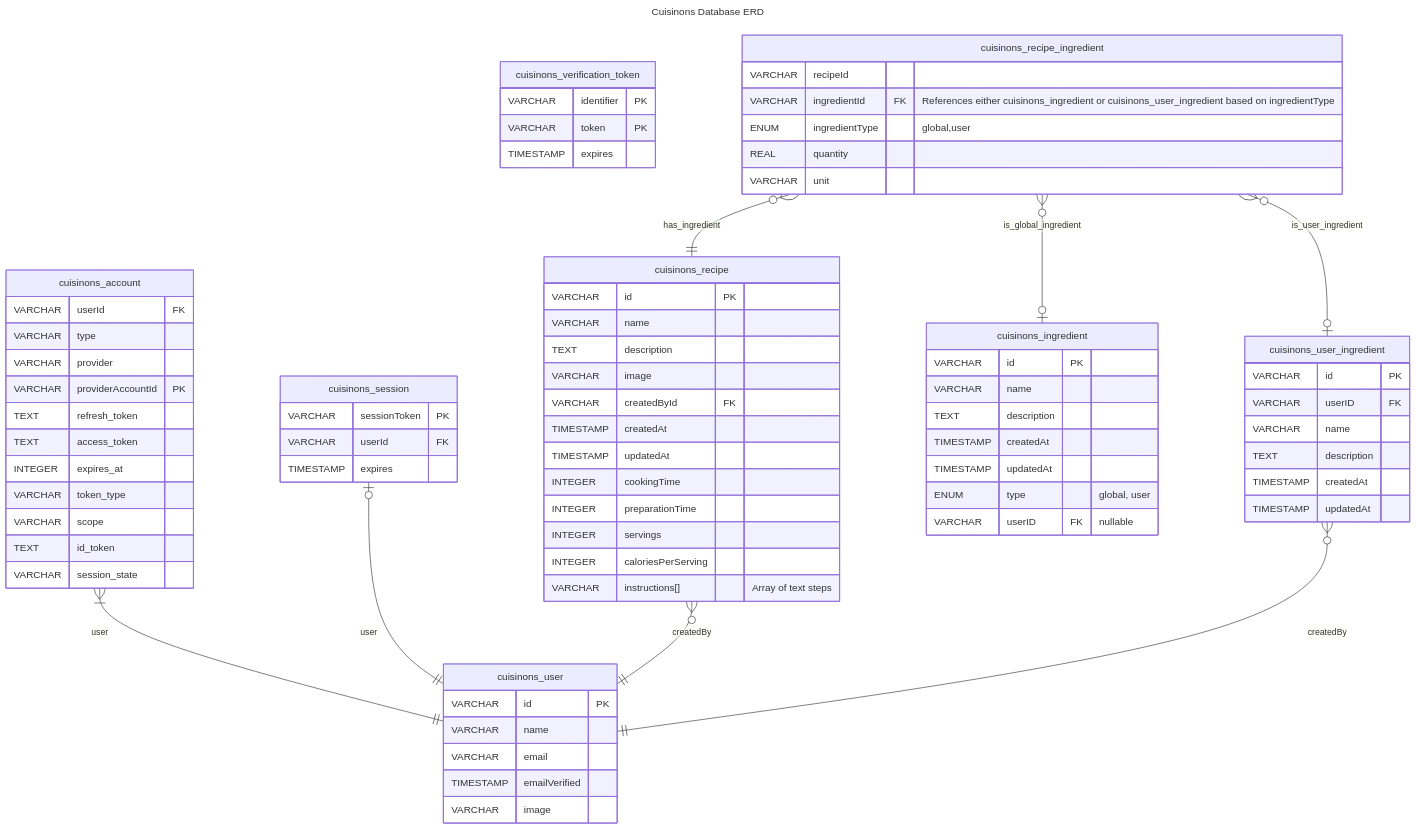
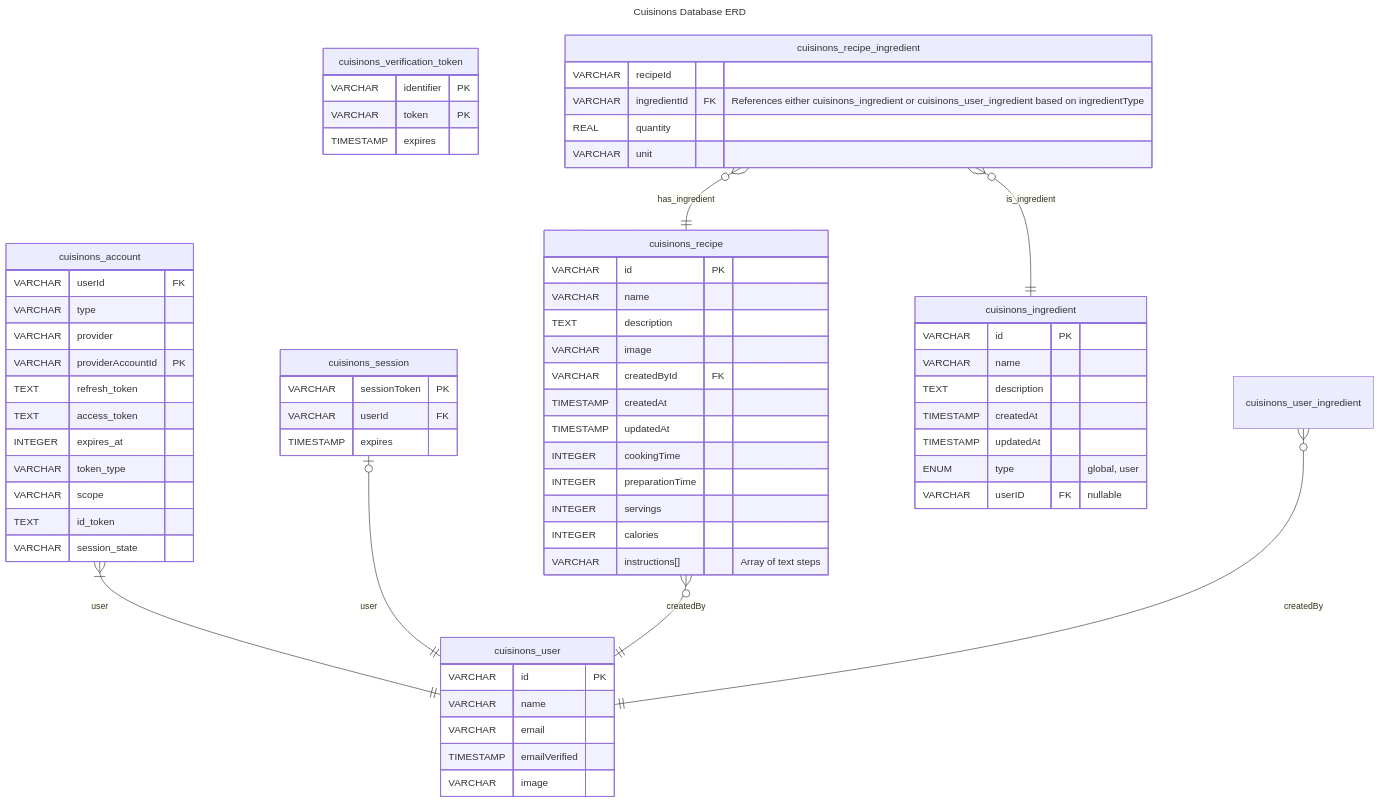
The diagram in src/docs/data.md (algabl/cuisinons-react), drawn with Mermaid before and after one commit. The commit also changed 46 other files, not shown here.

````diff
--- a/src/docs/data.md
+++ b/src/docs/data.md
@@ -44,7 +44,7 @@
         INTEGER cookingTime
         INTEGER preparationTime
         INTEGER servings
-        INTEGER caloriesPerServing
+        INTEGER calories
         VARCHAR instructions[] "Array of text steps"
     }
 
@@ -58,19 +58,9 @@
         VARCHAR userID FK "nullable"
     }
 
-    cuisinons_user_ingredient {
-        VARCHAR id PK
-        VARCHAR userID FK
-        VARCHAR name
-        TEXT description
-        TIMESTAMP createdAt
-        TIMESTAMP updatedAt
-    }
-
     cuisinons_recipe_ingredient {
         VARCHAR recipeId
         VARCHAR ingredientId FK "References either cuisinons_ingredient or cuisinons_user_ingredient based on ingredientType"
-        ENUM ingredientType "global,user"
         REAL quantity
         VARCHAR unit
     }
@@ -80,7 +70,6 @@
     cuisinons_recipe }o--|| cuisinons_user : createdBy
     cuisinons_user_ingredient }o--|| cuisinons_user: createdBy
     cuisinons_recipe_ingredient }o--|| cuisinons_recipe : has_ingredient
-    cuisinons_recipe_ingredient }o--o| cuisinons_ingredient : is_global_ingredient
-    cuisinons_recipe_ingredient }o--o| cuisinons_user_ingredient : is_user_ingredient
+    cuisinons_recipe_ingredient }o--|| cuisinons_ingredient : is_ingredient
 
 ```
````
